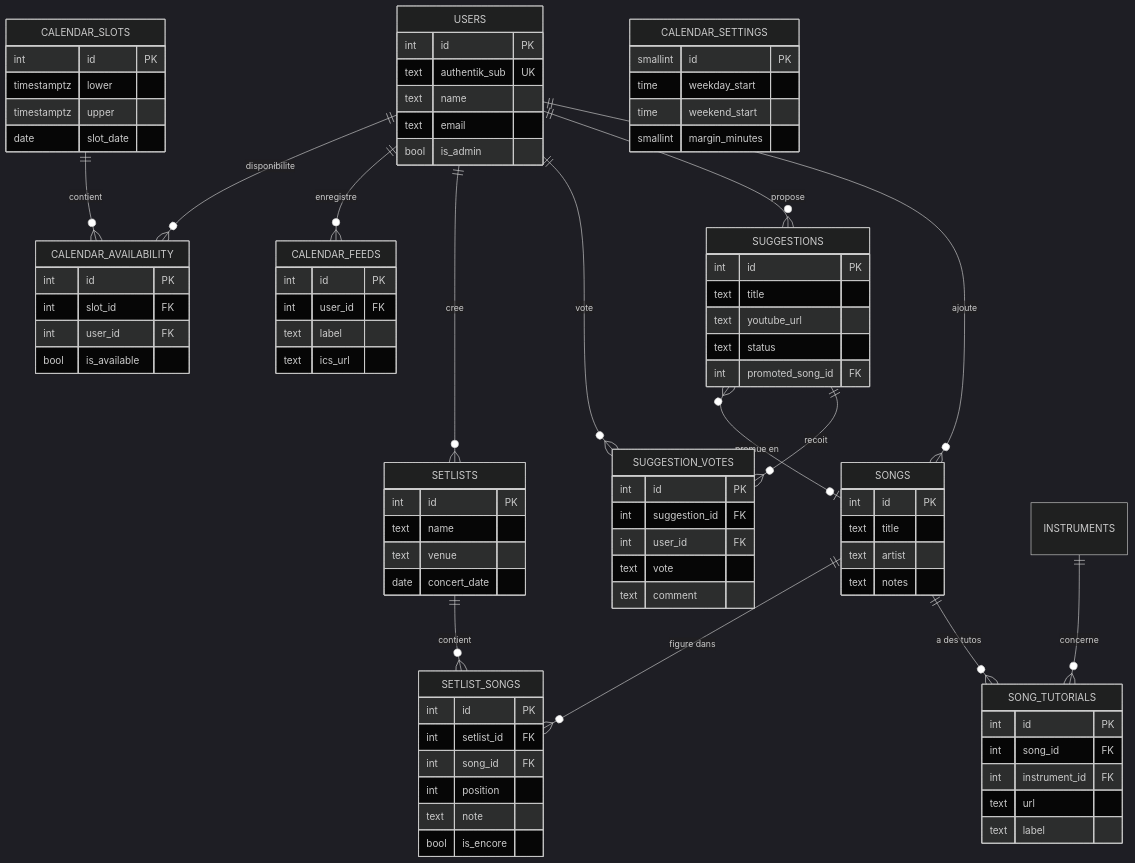
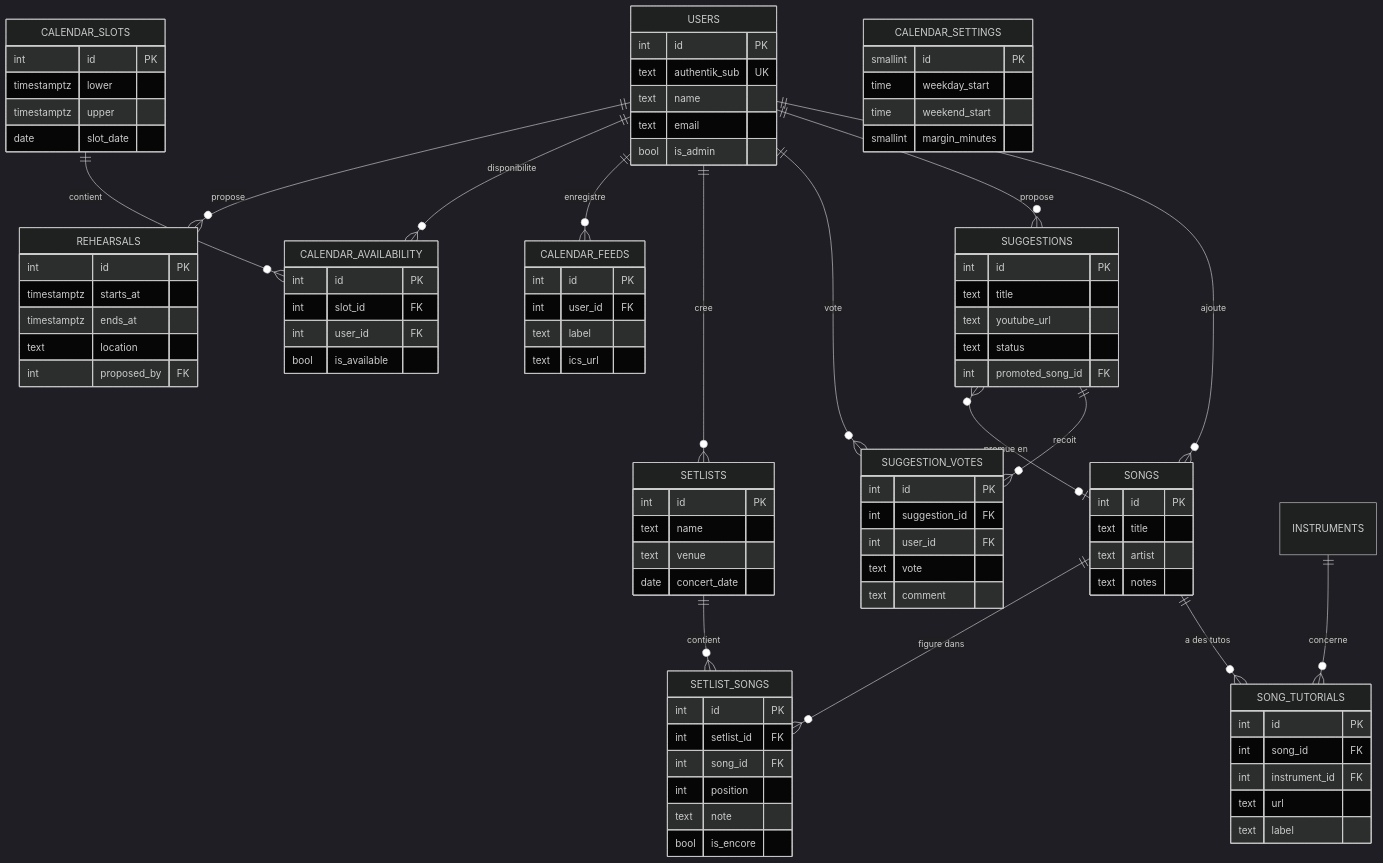
The second of 3 diagrams in README.md (nfonteyne/octane-website), drawn with Mermaid (dark theme) before and after one commit. The commit also changed other lines of this file and 7 other files, not shown here.

````diff
--- a/README.md
+++ b/README.md
@@ -185,6 +185,7 @@
     USERS ||--o{ CALENDAR_FEEDS : "enregistre"
     USERS ||--o{ CALENDAR_AVAILABILITY : "disponibilite"
     CALENDAR_SLOTS ||--o{ CALENDAR_AVAILABILITY : "contient"
+    USERS ||--o{ REHEARSALS : "propose"
 
     USERS {
         int id PK
@@ -258,4 +259,11 @@
         time weekend_start
         smallint margin_minutes
     }
+    REHEARSALS {
+        int id PK
+        timestamptz starts_at
+        timestamptz ends_at
+        text location
+        int proposed_by FK
+    }
 ```
````
